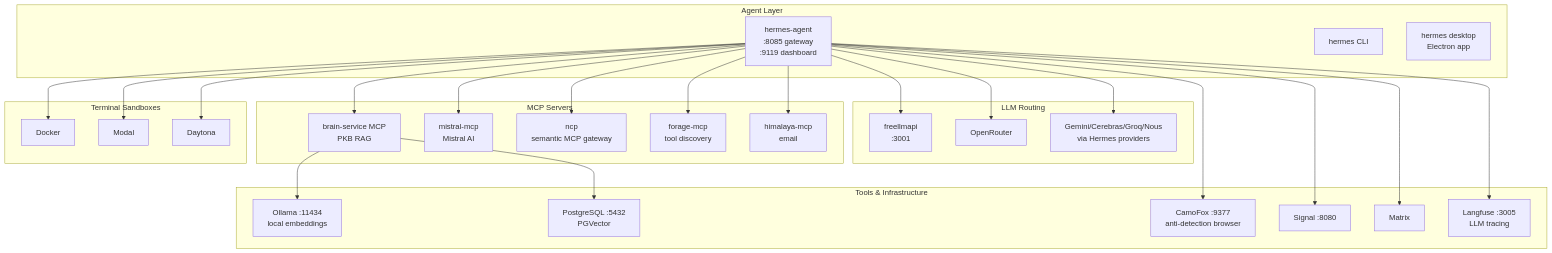
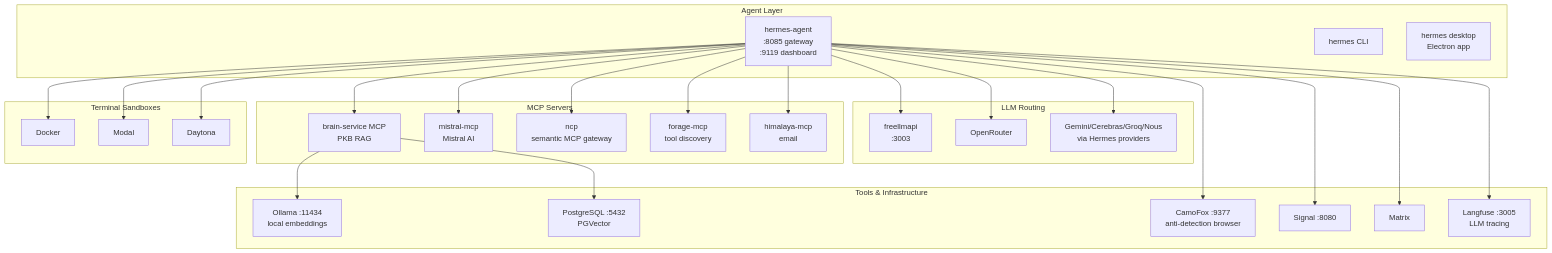
The diagram in layers/00-cyberia/01-docs/ai-stack.md (T0PSH31F/Grandlix-Gang), drawn with Mermaid before and after one commit. The commit also changed other lines of this file and 11 other files, not shown here.

````diff
--- a/layers/00-cyberia/01-docs/ai-stack.md
+++ b/layers/00-cyberia/01-docs/ai-stack.md
@@ -7,43 +7,43 @@
 ```mermaid
 graph TB
     subgraph "LLM Routing"
-        FR[freellmapi<br/>:3001]
+        FR[freellmapi<br/>:3003]
         OR[OpenRouter]
         GC[Gemini/Cerebras/Groq/Nous<br/>via Hermes providers]
     end
 
     subgraph "Agent Layer"
         H[hermes-agent<br/>:8085 gateway<br/>:9119 dashboard]
         HC[hermes CLI]
         HD[hermes desktop<br/>Electron app]
     end
 
     subgraph "MCP Servers"
         BM[brain-service MCP<br/>PKB RAG]
         MM[mistral-mcp<br/>Mistral AI]
         NC[ncp<br/>semantic MCP gateway]
         FG[forage-mcp<br/>tool discovery]
         HM[himalaya-mcp<br/>email]
     end
 
     subgraph "Tools & Infrastructure"
         O[Ollama :11434<br/>local embeddings]
         PG[PostgreSQL :5432<br/>PGVector]
         CB[CamoFox :9377<br/>anti-detection browser]
         S[Signal :8080]
         M[Matrix]
         LF[Langfuse :3005<br/>LLM tracing]
     end
 
     subgraph "Terminal Sandboxes"
         D[Docker]
         MO[Modal]
         DY[Daytona]
     end
 
     H --> FR & OR & GC
     H --> BM & MM & NC & FG & HM
     H --> CB & S & M & LF
     H --> D & MO & DY
     BM --> O & PG
 ```
````
